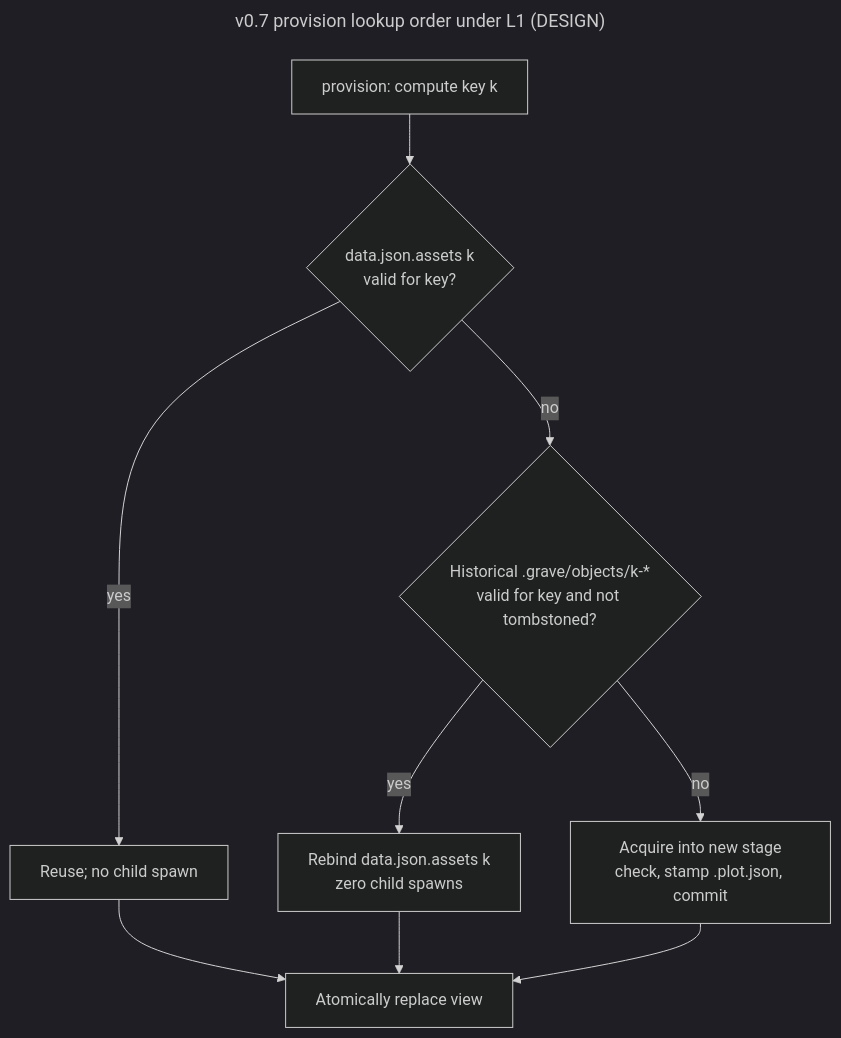
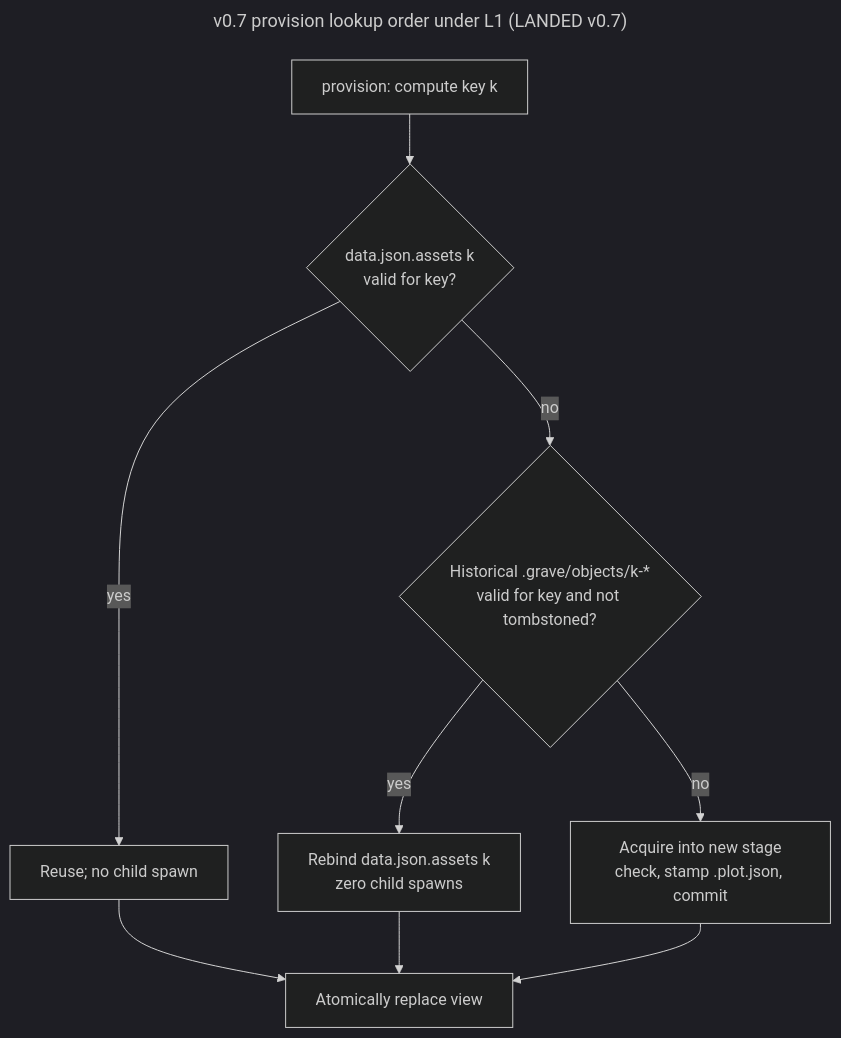
One commit to calisweetleaf/somnus-plot changed the third of 7 diagrams in WHITEPAPER.md. Above: the diagram before and after it, drawn with Mermaid (dark theme). The commit also changed other lines of this file and 35 other files, not shown here.

````diff
--- a/WHITEPAPER.md
+++ b/WHITEPAPER.md
@@ -276,14 +295,14 @@
 ```mermaid
 ---
-title: v0.7 provision lookup order under L1 (DESIGN)
+title: v0.7 provision lookup order under L1 (LANDED v0.7)
 ---
 flowchart TD
   A["provision: compute key k"] --> B{"data.json.assets k<br/>valid for key?"}
   B -- yes --> R["Reuse; no child spawn"]
   B -- no --> C{"Historical .grave/objects/k-*<br/>valid for key and not tombstoned?"}
   C -- yes --> D["Rebind data.json.assets k<br/>zero child spawns"]
   C -- no --> E["Acquire into new stage<br/>check, stamp .plot.json, commit"]
   D --> V["Atomically replace view"]
   R --> V
   E --> V
 ```
````
